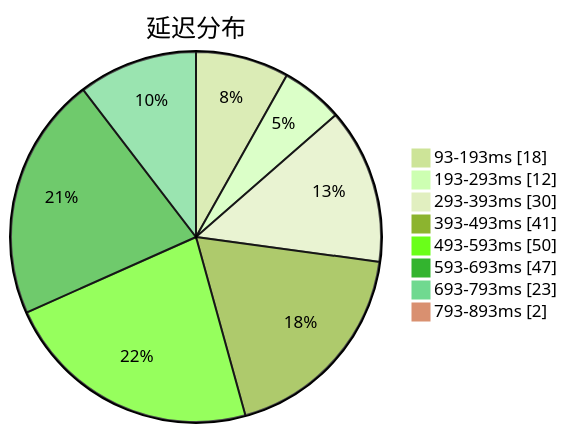
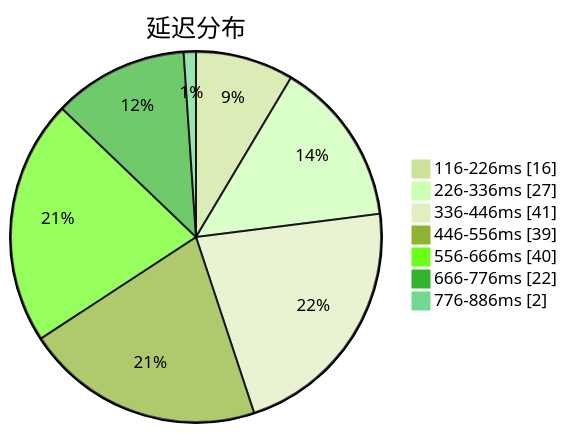
The first of 3 diagrams in subs/statistics/tested_within.md (sinspired/airport), drawn with Mermaid (forest theme) before and after one commit. The commit also changed other lines of this file and 2 other files, not shown here.

````diff
--- a/subs/statistics/tested_within.md
+++ b/subs/statistics/tested_within.md
@@ -2,12 +2,11 @@
 ```mermaid
 pie showData
 title 延迟分布
-"93-193ms" : 18
-"193-293ms" : 12
-"293-393ms" : 30
-"393-493ms" : 41
-"493-593ms" : 50
-"593-693ms" : 47
-"693-793ms" : 23
-"793-893ms" : 2
+"116-226ms" : 16
+"226-336ms" : 27
+"336-446ms" : 41
+"446-556ms" : 39
+"556-666ms" : 40
+"666-776ms" : 22
+"776-886ms" : 2
 ```
````
